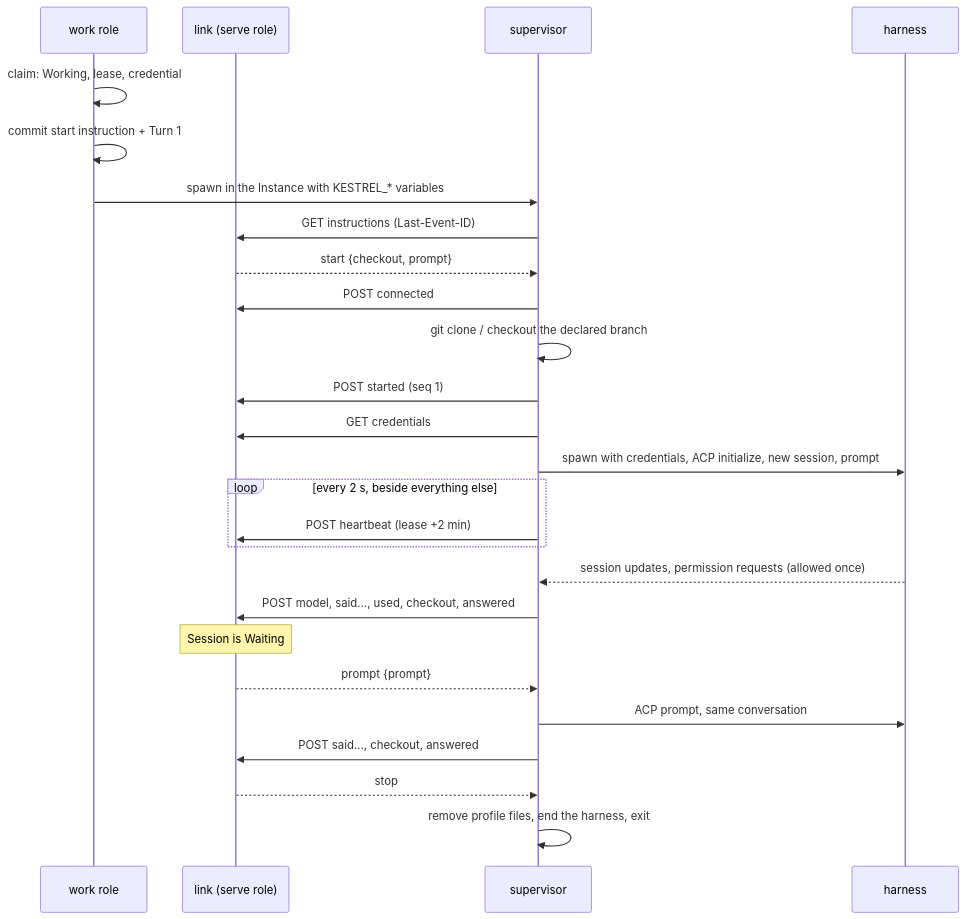
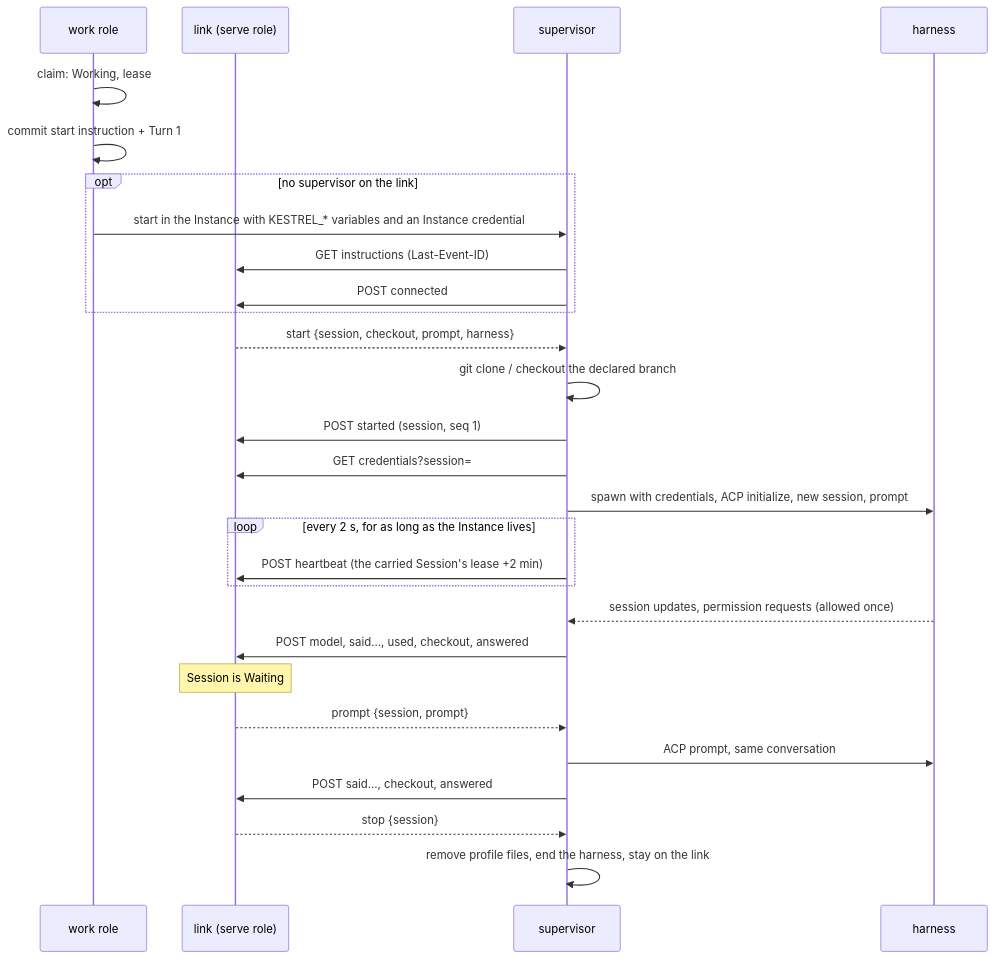
One commit to openkestrel/kestrel changed the diagram in docs/architecture/link.md. Above: the diagram before and after it, drawn with Mermaid. The commit also changed other lines of this file and 60 other files, not shown here.

First line of the commit message:
Run one supervisor per Instance and route Sessions through it

````diff
--- a/docs/architecture/link.md
+++ b/docs/architecture/link.md
@@ -22,29 +27,31 @@
 ```mermaid
 sequenceDiagram
     participant W as work role
     participant L as link (serve role)
     participant S as supervisor
     participant H as harness
 
-    W->>W: claim: Working, lease, credential
+    W->>W: claim: Working, lease
     W->>W: commit start instruction + Turn 1
-    W->>S: spawn in the Instance with KESTREL_* variables
-    S->>L: GET instructions (Last-Event-ID)
-    L-->>S: start {checkout, prompt}
-    S->>L: POST connected
+    opt no supervisor on the link
+        W->>S: start in the Instance with KESTREL_* variables and an Instance credential
+        S->>L: GET instructions (Last-Event-ID)
+        S->>L: POST connected
+    end
+    L-->>S: start {session, checkout, prompt, harness}
     S->>S: git clone / checkout the declared branch
-    S->>L: POST started (seq 1)
-    S->>L: GET credentials
+    S->>L: POST started (session, seq 1)
+    S->>L: GET credentials?session=
     S->>H: spawn with credentials, ACP initialize, new session, prompt
-    loop every 2 s, beside everything else
-        S->>L: POST heartbeat (lease +2 min)
+    loop every 2 s, for as long as the Instance lives
+        S->>L: POST heartbeat (the carried Session's lease +2 min)
     end
     H-->>S: session updates, permission requests (allowed once)
     S->>L: POST model, said…, used, checkout, answered
     Note over L: Session is Waiting
-    L-->>S: prompt {prompt}
+    L-->>S: prompt {session, prompt}
     S->>H: ACP prompt, same conversation
     S->>L: POST said…, checkout, answered
-    L-->>S: stop
-    S->>S: remove profile files, end the harness, exit
+    L-->>S: stop {session}
+    S->>S: remove profile files, end the harness, stay on the link
 ```
````
